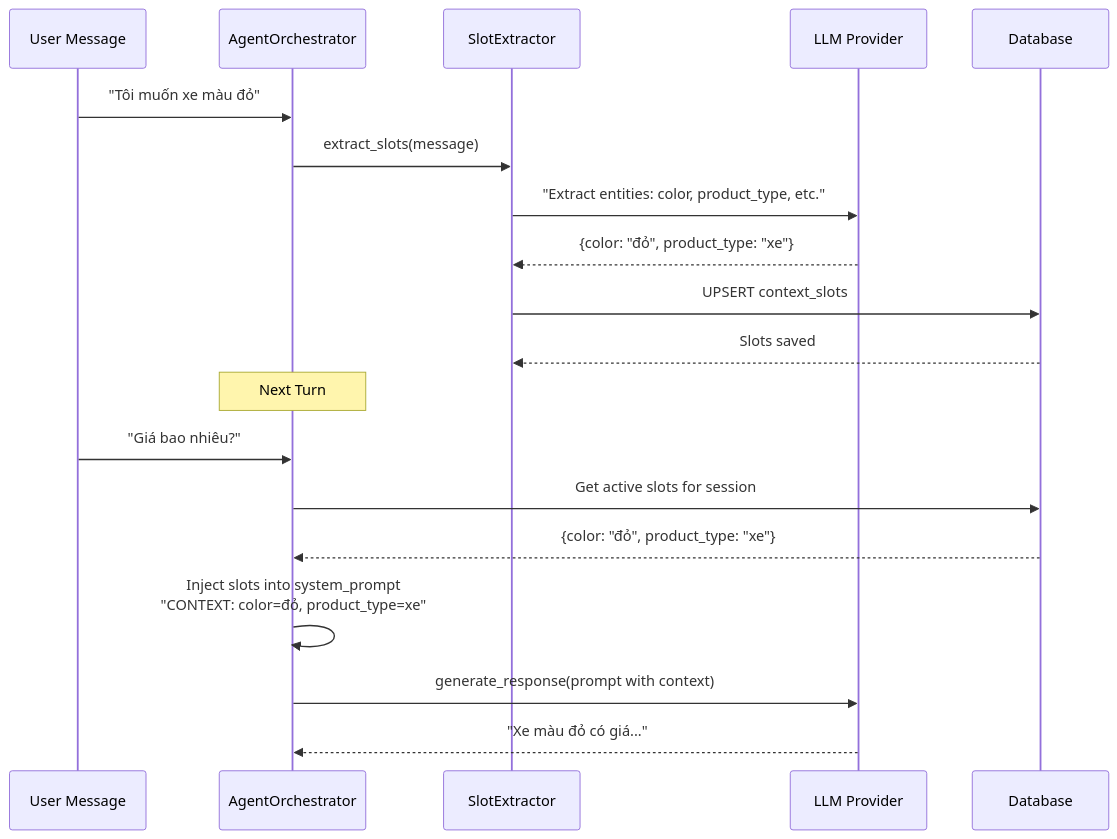
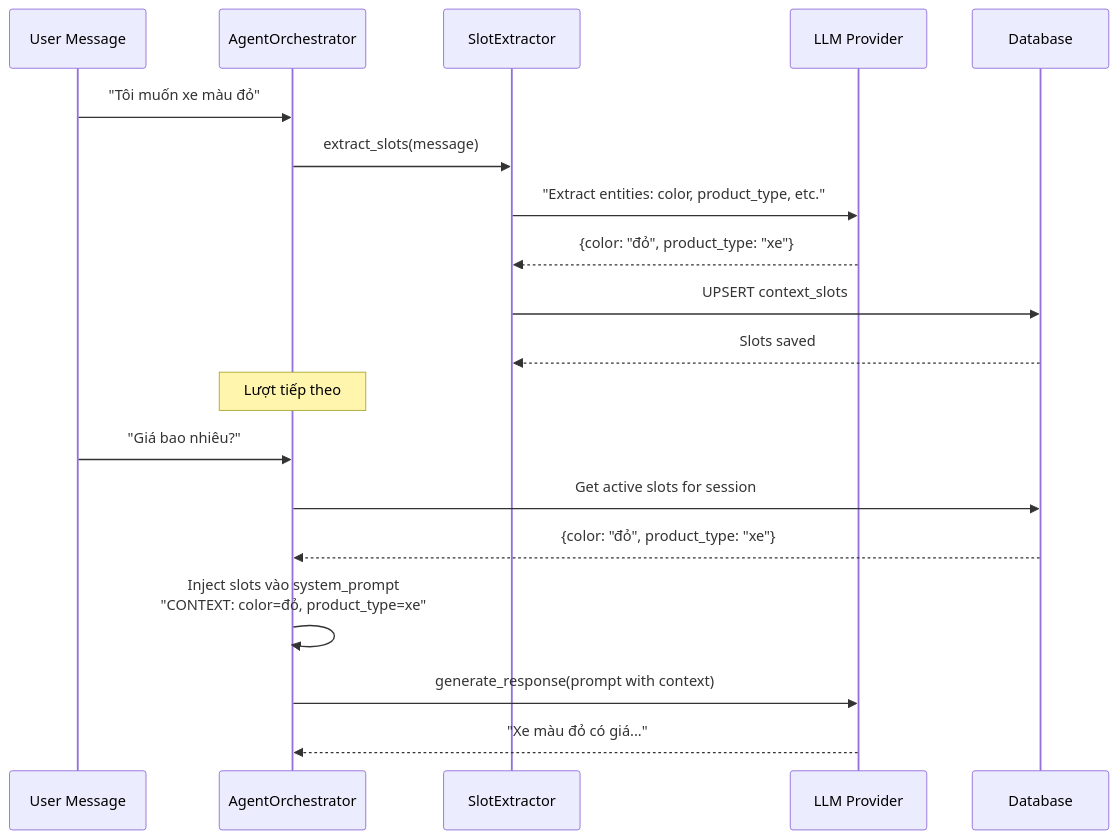
One commit to dungnt2508/hub changed the fifth of 5 diagrams in hub_generic_sales_platform/docs/CANON/SYSTEM_FLOW.md. Above: the diagram before and after it, drawn with Mermaid. The commit also changed other lines of this file and 13 other files, not shown here.

````diff
--- a/hub_generic_sales_platform/docs/CANON/SYSTEM_FLOW.md
+++ b/hub_generic_sales_platform/docs/CANON/SYSTEM_FLOW.md
@@ -173,26 +187,26 @@
 ```mermaid
 sequenceDiagram
     participant User as User Message
     participant Agent as AgentOrchestrator
     participant Extractor as SlotExtractor
     participant LLM as LLM Provider
     participant DB as Database
-    
+
     User->>Agent: "Tôi muốn xe màu đỏ"
     Agent->>Extractor: extract_slots(message)
-    
+
     Extractor->>LLM: "Extract entities: color, product_type, etc."
     LLM-->>Extractor: {color: "đỏ", product_type: "xe"}
-    
+
     Extractor->>DB: UPSERT context_slots
     DB-->>Extractor: Slots saved
-    
-    Note over Agent: Next Turn
+
+    Note over Agent: Lượt tiếp theo
     User->>Agent: "Giá bao nhiêu?"
     Agent->>DB: Get active slots for session
     DB-->>Agent: {color: "đỏ", product_type: "xe"}
-    
-    Agent->>Agent: Inject slots into system_prompt<br/>"CONTEXT: color=đỏ, product_type=xe"
+
+    Agent->>Agent: Inject slots vào system_prompt<br/>"CONTEXT: color=đỏ, product_type=xe"
     Agent->>LLM: generate_response(prompt with context)
     LLM-->>Agent: "Xe màu đỏ có giá..."
 ```
````
